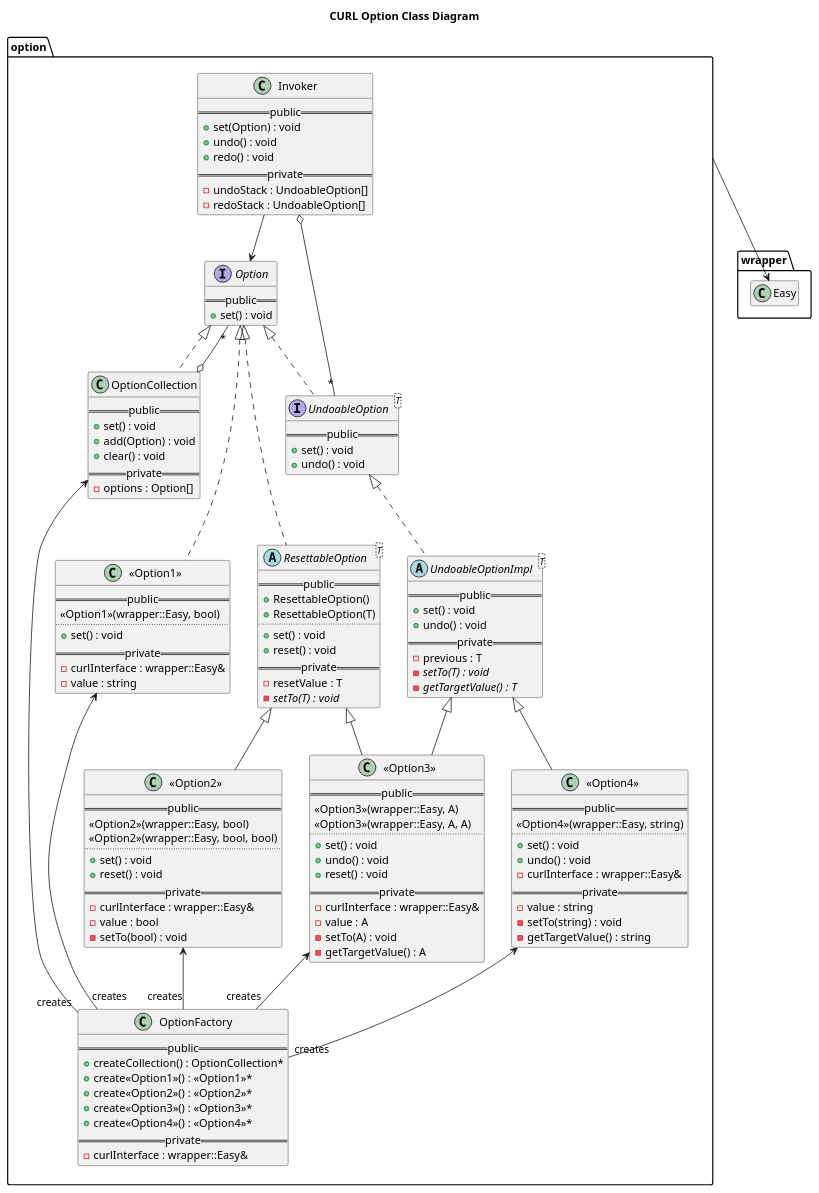
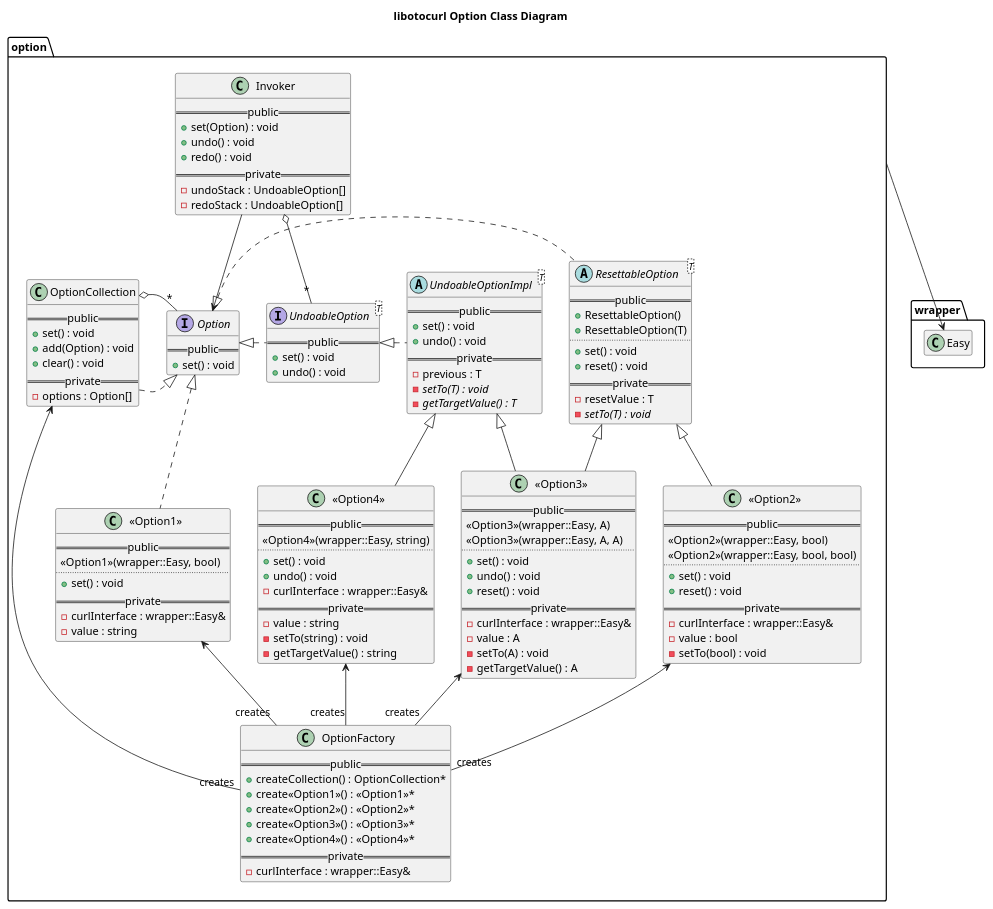
Before and after one commit to kfpgk/libotocurl: the diagram in libotocurl/option/doc/class.puml, drawn with PlantUML.

Commit message:
Rearrange objects in class diagram for option package

```diff
--- a/libotocurl/option/doc/class.puml
+++ b/libotocurl/option/doc/class.puml
@@ -1,148 +1,148 @@
-@startuml curl-option-class-diagram
+@startuml option-class-diagram
 
-title CURL Option Class Diagram
+title libotocurl Option Class Diagram
 
 package option {
 
     interface "Option" as CurlOption {
         == public ==
         + set() : void      
     }
 
     class "OptionFactory" as CurlOptionFactory {
         == public ==
         + createCollection() : OptionCollection*
         + create<<Option1>>() : <<Option1>>*
         + create<<Option2>>() : <<Option2>>*
         + create<<Option3>>() : <<Option3>>*
         + create<<Option4>>() : <<Option4>>*
         == private ==
         - curlInterface : wrapper::Easy&
     }
 
     class "Invoker" as CurlOptionInvoker {
         == public ==
         + set(Option) : void 
         + undo() : void
         + redo() : void
         == private ==
         - undoStack : UndoableOption[]
         - redoStack : UndoableOption[]
     }
 
     abstract class "ResettableOption<T>" as CurlResettableOption {
         == public ==
         + ResettableOption()
         + ResettableOption(T)
         ..
         + set() : void
         + reset() : void
         == private ==
         - resetValue : T
         - {abstract} setTo(T) : void
     }
     
     interface "UndoableOption<T>" as CurlUndoableOption {
         == public ==
         + set() : void
         + undo() : void
     }
 
     abstract class "UndoableOptionImpl<T>" as CurlUndoableOptionImpl {
         == public ==
         + set() : void
         + undo() : void  
         == private ==
         - previous : T
         - {abstract} setTo(T) : void
         - {abstract} getTargetValue() : T
     }
 
     class "OptionCollection" as CurlOptionCollection {
         == public ==
         + set() : void
         + add(Option) : void
         + clear() : void
         == private ==
         - options : Option[]
     }
     class "<<Option1>>" as CurlConcreteOption1 {
         == public ==
         <<Option1>>(wrapper::Easy, bool)
         ..
         + set() : void
         == private ==
         - curlInterface : wrapper::Easy&
         - value : string
     }
     class "<<Option2>>" as CurlConcreteOption2 {
         == public ==
         <<Option2>>(wrapper::Easy, bool)
         <<Option2>>(wrapper::Easy, bool, bool)
         ..
         + set() : void
         + reset() : void
         == private ==
         - curlInterface : wrapper::Easy&
         - value : bool
         - setTo(bool) : void
     }
     class "<<Option3>>" as CurlConcreteOption3 {
         == public ==
         <<Option3>>(wrapper::Easy, A)
         <<Option3>>(wrapper::Easy, A, A)
         ..
         + set() : void
         + undo() : void
         + reset() : void
         == private ==
         - curlInterface : wrapper::Easy&
         - value : A
         - setTo(A) : void
         - getTargetValue() : A
     }
     class "<<Option4>>" as CurlConcreteOption4 {
         == public ==
         <<Option4>>(wrapper::Easy, string)
         ..
         + set() : void
         + undo() : void
         - curlInterface : wrapper::Easy&
         == private ==
         - value : string
         - setTo(string) : void
         - getTargetValue() : string
     }
 }
 
 package wrapper {
     class Easy
     hide Easy attributes
     hide Easy methods
 }
 
-CurlOption <|.. CurlOptionCollection
-CurlOption "*" --o CurlOptionCollection
+CurlOptionCollection .|> CurlOption
+CurlOptionCollection o- "*" CurlOption
 
-CurlOption <|.. CurlResettableOption 
-CurlOption <|.. CurlUndoableOption
-CurlUndoableOption <|.. CurlUndoableOptionImpl
+CurlOption <|. CurlResettableOption 
+CurlOption <|. CurlUndoableOption
+CurlUndoableOption <|. CurlUndoableOptionImpl
 
 CurlOption <|.. CurlConcreteOption1
 CurlResettableOption <|-- CurlConcreteOption2
 CurlResettableOption <|-- CurlConcreteOption3
 CurlUndoableOptionImpl <|-- CurlConcreteOption3
-CurlUndoableOptionImpl <|-- CurlConcreteOption4
+CurlUndoableOptionImpl <|- CurlConcreteOption4
 
 CurlOptionCollection <-- "creates" CurlOptionFactory
 CurlConcreteOption1 <-- "creates" CurlOptionFactory
 CurlConcreteOption2 <-- "creates" CurlOptionFactory
 CurlConcreteOption3 <-- "creates" CurlOptionFactory
 CurlConcreteOption4 <-- "creates" CurlOptionFactory
 
 CurlOptionInvoker --> CurlOption
 CurlOptionInvoker o-- "*" CurlUndoableOption
 
 option --> Easy
 
 @enduml
```
